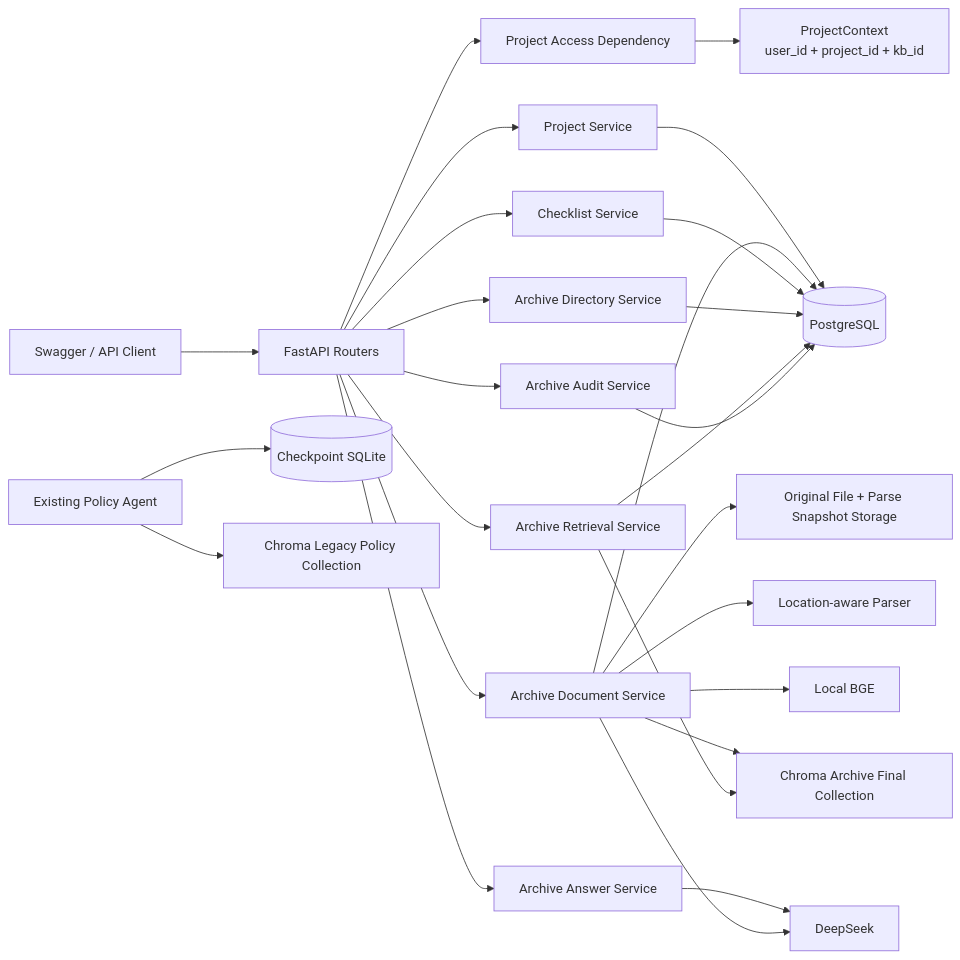
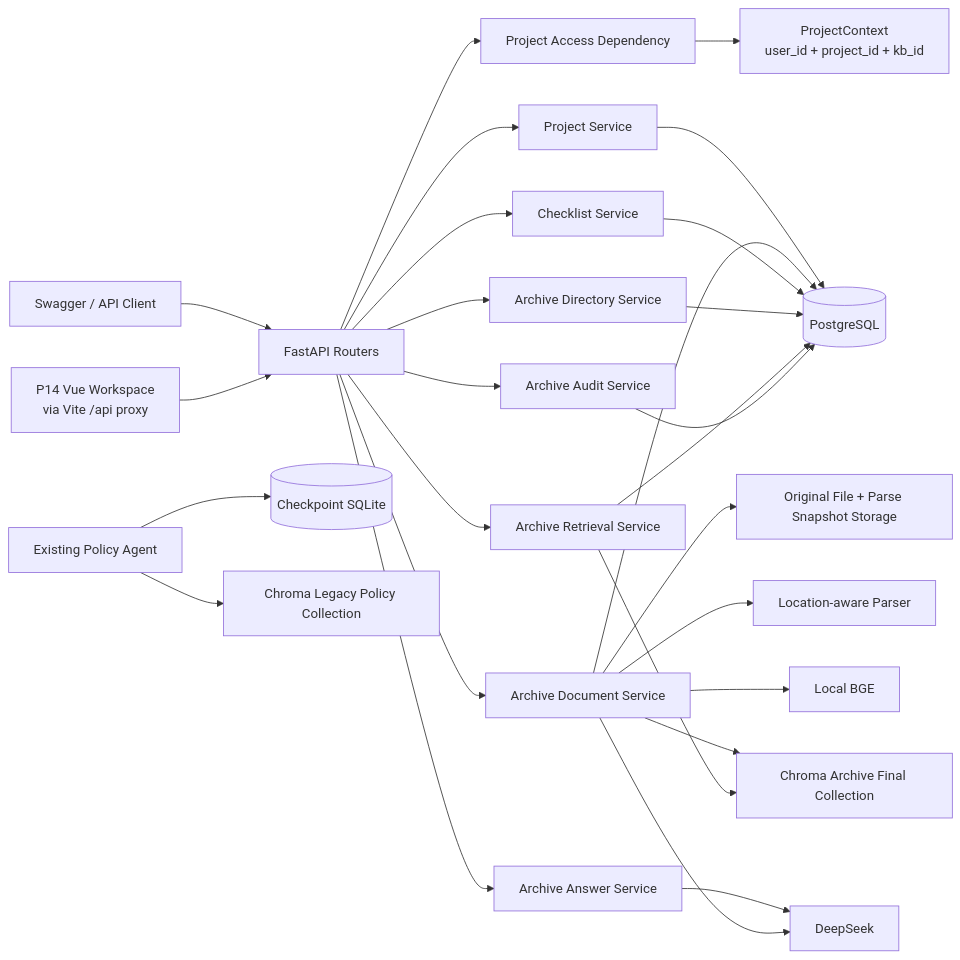
One commit to yabuki-jou/mini-rag changed the first of 6 diagrams in docs/architecture.md. Above: the diagram before and after it, drawn with Mermaid. The commit also changed other lines of this file and 50 other files, not shown here.

````diff
--- a/docs/architecture.md
+++ b/docs/architecture.md
@@ -166,32 +166,33 @@
 ```mermaid
 flowchart LR
     Swagger["Swagger / API Client"] --> Router["FastAPI Routers"]
+    Vue["P14 Vue Workspace<br/>via Vite /api proxy"] --> Router
     Router --> Access["Project Access Dependency"]
     Access --> Context["ProjectContext<br/>user_id + project_id + kb_id"]
 
     Router --> ProjectSvc["Project Service"]
     Router --> ArchiveSvc["Archive Document Service"]
     Router --> ChecklistSvc["Checklist Service"]
     Router --> DirectorySvc["Archive Directory Service"]
     Router --> RetrieveSvc["Archive Retrieval Service"]
     Router --> AnswerSvc["Archive Answer Service"]
     Router --> AuditSvc["Archive Audit Service"]
 
     ProjectSvc --> PG[("PostgreSQL")]
     ArchiveSvc --> PG
     ChecklistSvc --> PG
     DirectorySvc --> PG
     RetrieveSvc --> PG
     AuditSvc --> PG
 
     ArchiveSvc --> Files["Original File + Parse Snapshot Storage"]
     ArchiveSvc --> Parser["Location-aware Parser"]
     ArchiveSvc --> Embed["Local BGE"]
     ArchiveSvc --> Vector["Chroma Archive Final Collection"]
     RetrieveSvc --> Vector
     AnswerSvc --> DeepSeek["DeepSeek"]
     ArchiveSvc --> DeepSeek
 
     LegacyAgent["Existing Policy Agent"] --> Checkpoint[("Checkpoint SQLite")]
     LegacyAgent --> LegacyVector["Chroma Legacy Policy Collection"]
 ```
````
